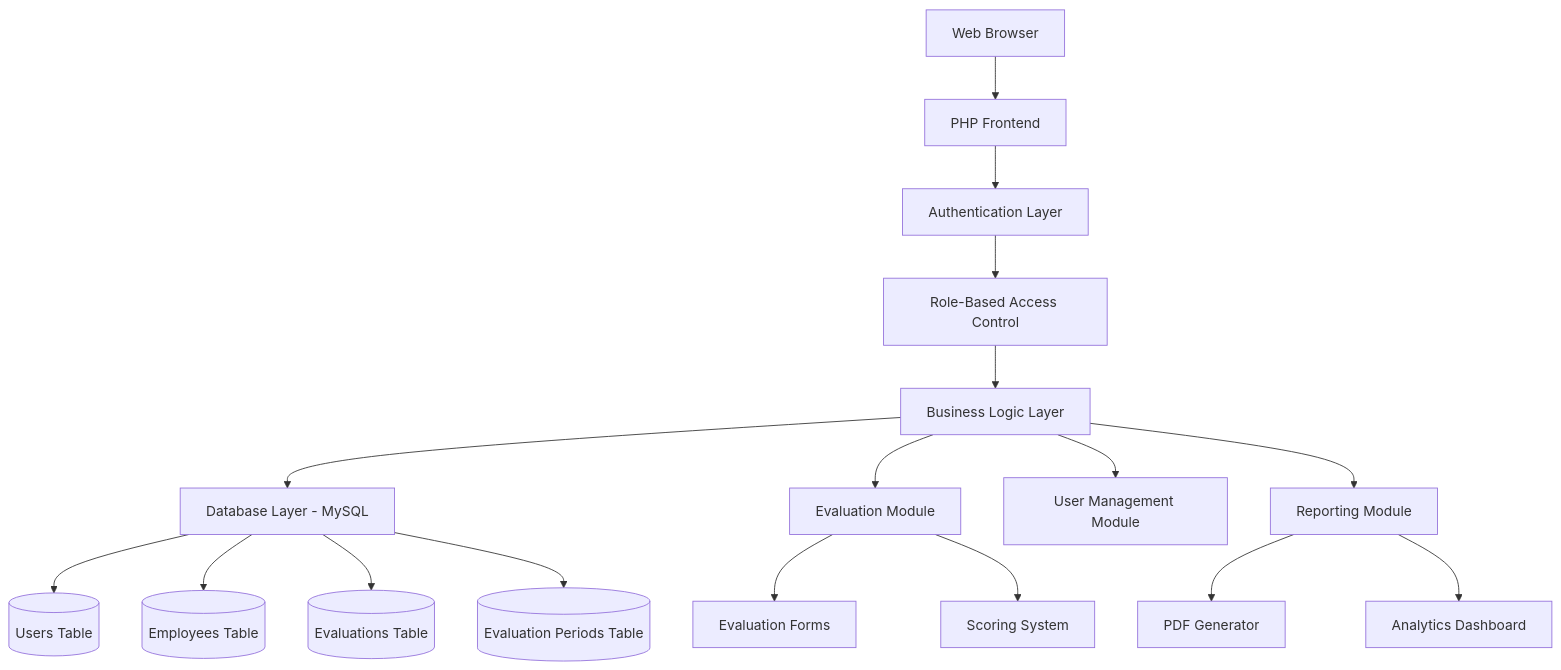
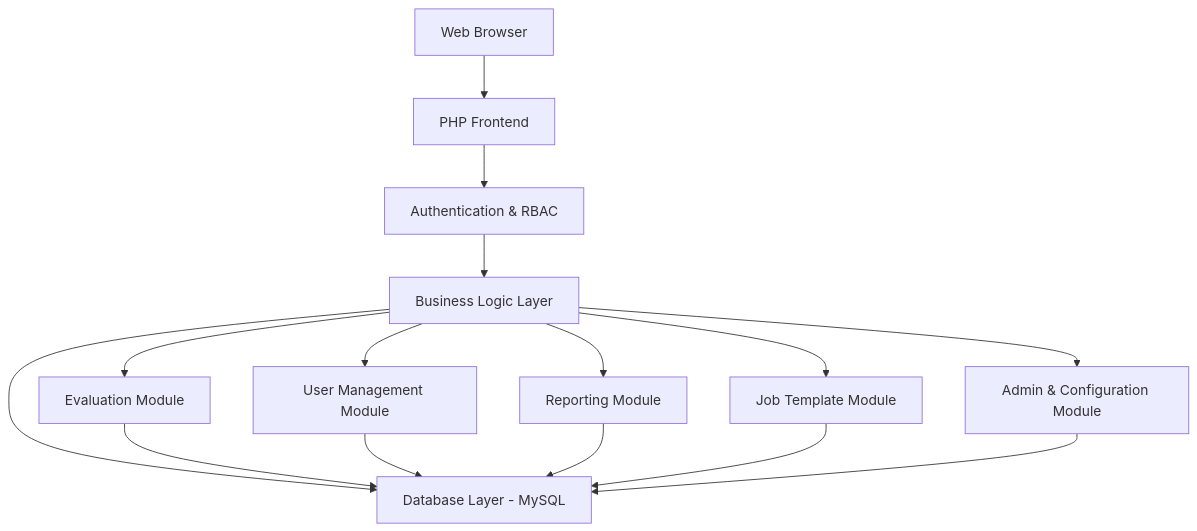
One commit to rascazzione/Universal-Development-HR-Sytem changed the first of 2 diagrams in docs/PROJECT_SPECIFICATION.md. Above: the diagram before and after it, drawn with Mermaid. The commit also changed other lines of this file and 22 other files, not shown here.

````diff
--- a/docs/PROJECT_SPECIFICATION.md
+++ b/docs/PROJECT_SPECIFICATION.md
@@ -54,23 +65,19 @@
 ```mermaid
 graph TB
     A[Web Browser] --> B[PHP Frontend]
-    B --> C[Authentication Layer]
-    C --> D[Role-Based Access Control]
-    D --> E[Business Logic Layer]
-    E --> F[Database Layer - MySQL]
-    
-    E --> G[Evaluation Module]
-    E --> H[User Management Module]
-    E --> I[Reporting Module]
-    
-    G --> J[Evaluation Forms]
-    G --> K[Scoring System]
-    
-    I --> L[PDF Generator]
-    I --> M[Analytics Dashboard]
-    
-    F --> N[(Users Table)]
-    F --> O[(Employees Table)]
-    F --> P[(Evaluations Table)]
-    F --> Q[(Evaluation Periods Table)]
+    B --> C[Authentication & RBAC]
+    C --> D[Business Logic Layer]
+    D --> E[Database Layer - MySQL]
+
+    D --> F[Evaluation Module]
+    D --> G[User Management Module]
+    D --> H[Reporting Module]
+    D --> I[Job Template Module]
+    D --> J[Admin & Configuration Module]
+
+    F --> E
+    G --> E
+    H --> E
+    I --> E
+    J --> E
 ```
````
